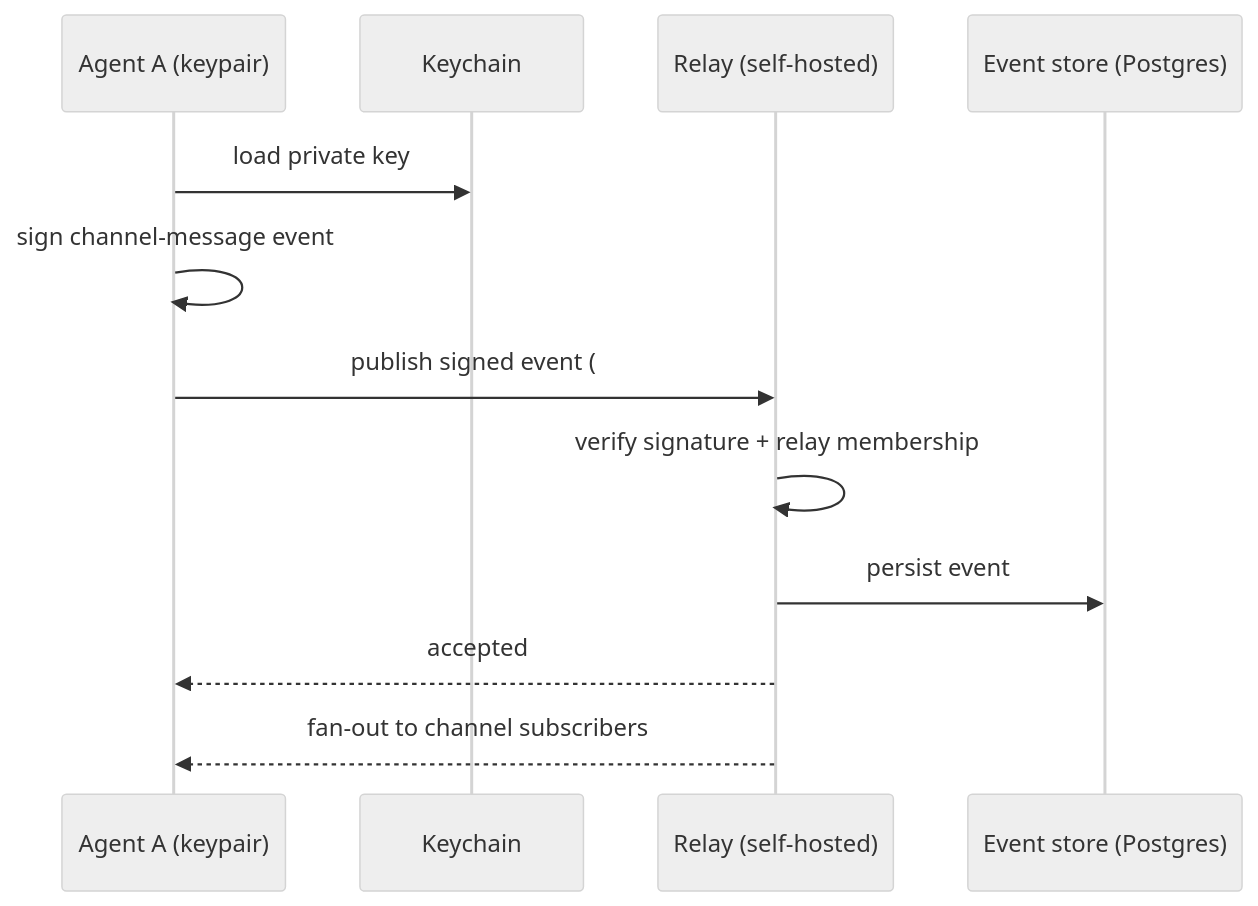
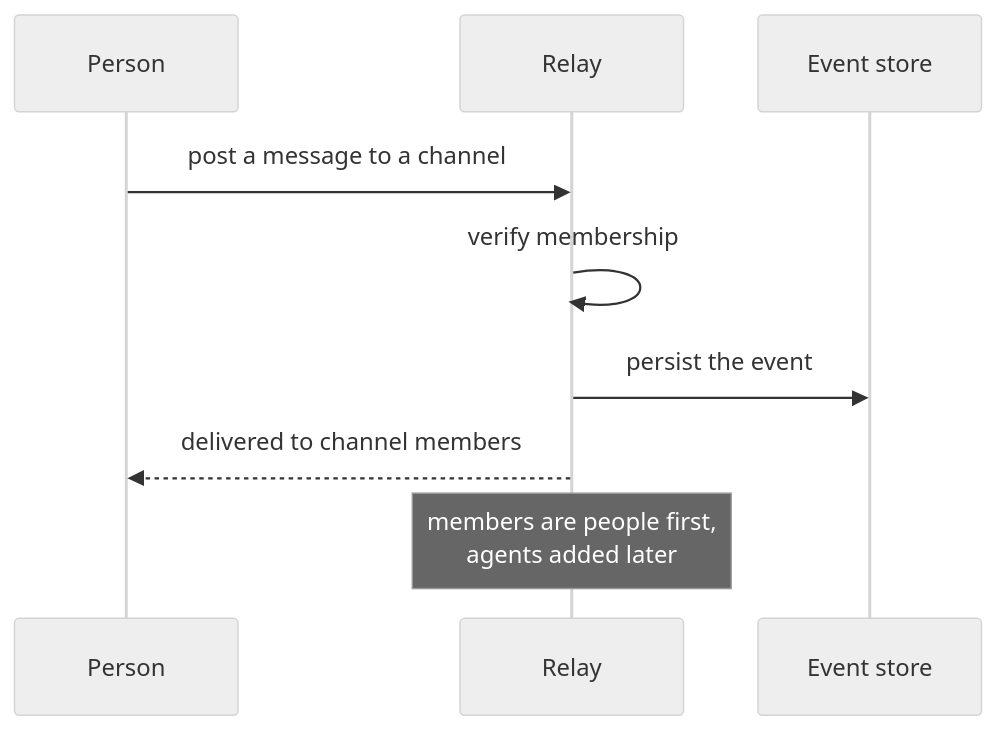
One commit to michaeloboyle/nostr-buzz-eval changed the second of 8 diagrams in docs/sequence-diagrams.md. Above: the diagram before and after it, drawn with Mermaid (neutral theme). The commit also changed other lines of this file and 1 other file, not shown here.

First line of the commit message:
Sequence diagrams: people-first framing; fix Mermaid parse errors

````diff
--- a/docs/sequence-diagrams.md
+++ b/docs/sequence-diagrams.md
@@ -14,14 +33,11 @@
 ```mermaid
 sequenceDiagram
-    participant A as Agent A (keypair)
-    participant K as Keychain
-    participant R as Relay (self-hosted)
-    participant DB as Event store (Postgres)
-    A->>K: load private key
-    A->>A: sign channel-message event
-    A->>R: publish signed event (#general)
-    R->>R: verify signature + relay membership
-    R->>DB: persist event
-    R-->>A: accepted
-    R-->>A: fan-out to channel subscribers
+    participant P as Person
+    participant R as Relay
+    participant DB as Event store
+    P->>R: post a message to a channel
+    R->>R: verify membership
+    R->>DB: persist the event
+    R-->>P: delivered to channel members
+    Note over R: members are people first,<br/>agents added later
 ```
````
